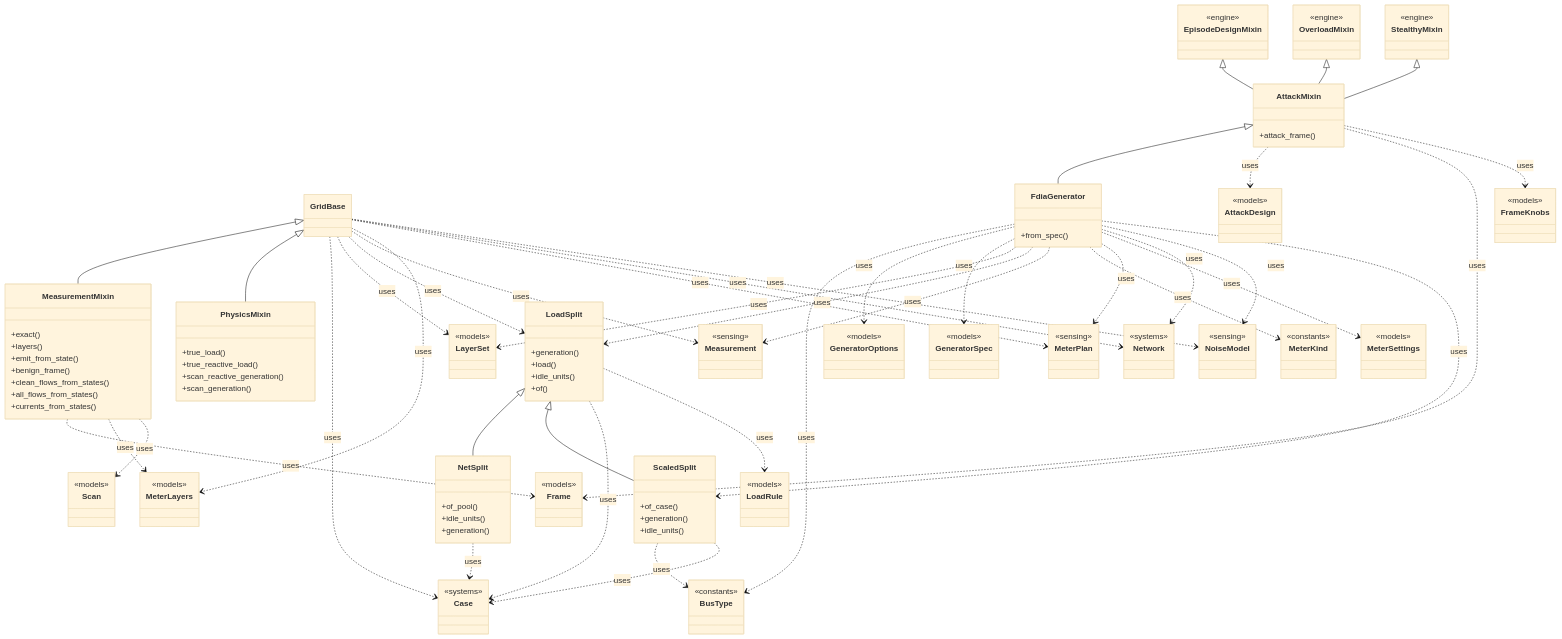
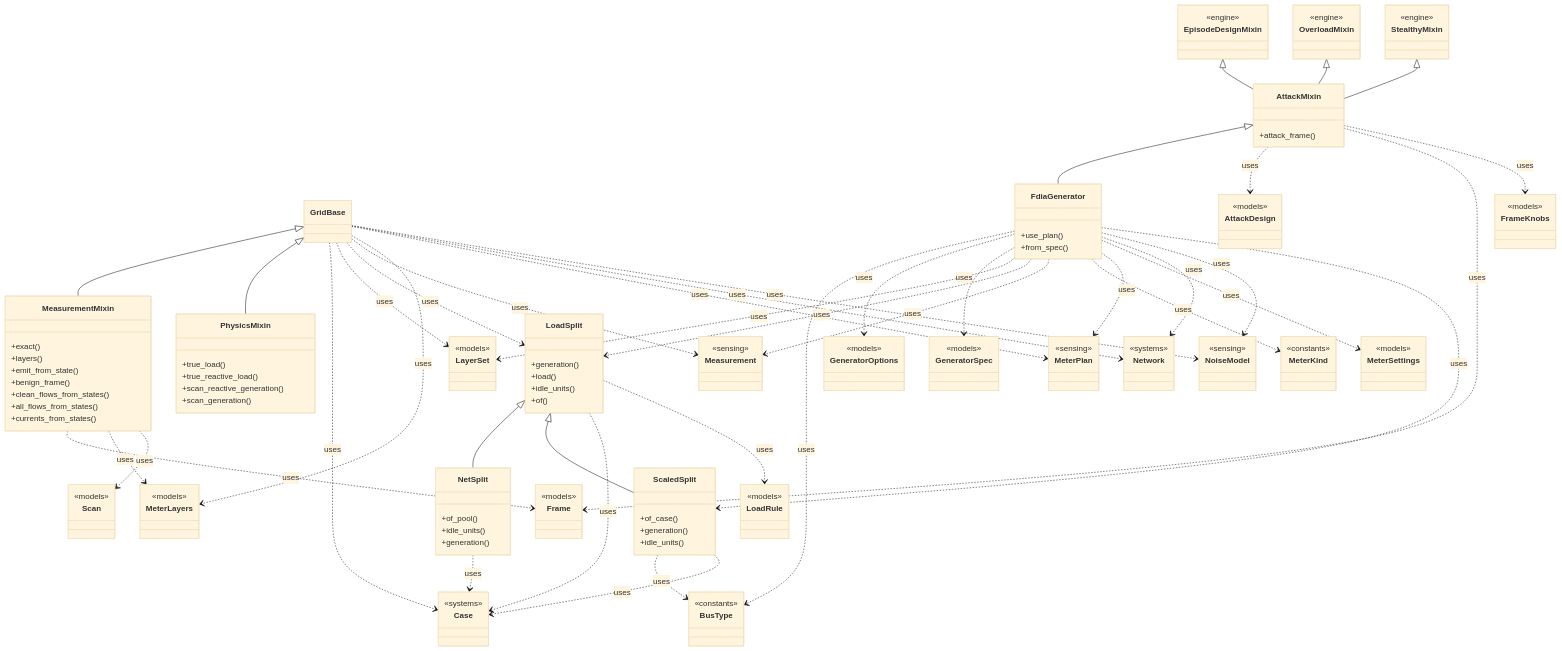
One commit to myersben9/fdia-graph changed the diagram in docs/figures/diagrams/classes_engine.mmd. Above: the diagram before and after it, drawn with Mermaid (base theme). The commit also changed 79 other files, not shown here.

```diff
--- a/docs/figures/diagrams/classes_engine.mmd
+++ b/docs/figures/diagrams/classes_engine.mmd
@@ -1,139 +1,140 @@
 classDiagram
     class GridBase {
     }
     class MeasurementMixin {
         +exact()
         +layers()
         +emit_from_state()
         +benign_frame()
         +clean_flows_from_states()
         +all_flows_from_states()
         +currents_from_states()
     }
     class LoadSplit {
         +generation()
         +load()
         +idle_units()
         +of()
     }
     class ScaledSplit {
         +of_case()
         +generation()
         +idle_units()
     }
     class NetSplit {
         +of_pool()
         +idle_units()
         +generation()
     }
     class PhysicsMixin {
         +true_load()
         +true_reactive_load()
         +scan_reactive_generation()
         +scan_generation()
     }
     class AttackMixin {
         +attack_frame()
     }
     class FdiaGenerator {
+        +use_plan()
         +from_spec()
     }
     class AttackDesign {
         <<models>>
     }
     class BusType {
         <<constants>>
     }
     class Case {
         <<systems>>
     }
     class EpisodeDesignMixin {
         <<engine>>
     }
     class Frame {
         <<models>>
     }
     class FrameKnobs {
         <<models>>
     }
     class GeneratorOptions {
         <<models>>
     }
     class GeneratorSpec {
         <<models>>
     }
     class LayerSet {
         <<models>>
     }
     class LoadRule {
         <<models>>
     }
     class Measurement {
         <<sensing>>
     }
     class MeterKind {
         <<constants>>
     }
     class MeterLayers {
         <<models>>
     }
     class MeterPlan {
         <<sensing>>
     }
     class MeterSettings {
         <<models>>
     }
     class Network {
         <<systems>>
     }
     class NoiseModel {
         <<sensing>>
     }
     class OverloadMixin {
         <<engine>>
     }
     class Scan {
         <<models>>
     }
     class StealthyMixin {
         <<engine>>
     }
     AttackMixin <|-- FdiaGenerator
     EpisodeDesignMixin <|-- AttackMixin
     GridBase <|-- MeasurementMixin
     GridBase <|-- PhysicsMixin
     LoadSplit <|-- NetSplit
     LoadSplit <|-- ScaledSplit
     OverloadMixin <|-- AttackMixin
     StealthyMixin <|-- AttackMixin
     AttackMixin ..> AttackDesign : uses
     AttackMixin ..> Frame : uses
     AttackMixin ..> FrameKnobs : uses
     FdiaGenerator ..> BusType : uses
     FdiaGenerator ..> GeneratorOptions : uses
     FdiaGenerator ..> GeneratorSpec : uses
     FdiaGenerator ..> LayerSet : uses
     FdiaGenerator ..> LoadSplit : uses
     FdiaGenerator ..> Measurement : uses
     FdiaGenerator ..> MeterKind : uses
     FdiaGenerator ..> MeterPlan : uses
     FdiaGenerator ..> MeterSettings : uses
     FdiaGenerator ..> Network : uses
     FdiaGenerator ..> NoiseModel : uses
     FdiaGenerator ..> ScaledSplit : uses
     GridBase ..> Case : uses
     GridBase ..> LayerSet : uses
     GridBase ..> LoadSplit : uses
     GridBase ..> Measurement : uses
     GridBase ..> MeterLayers : uses
     GridBase ..> MeterPlan : uses
     GridBase ..> Network : uses
     GridBase ..> NoiseModel : uses
     LoadSplit ..> Case : uses
     LoadSplit ..> LoadRule : uses
     MeasurementMixin ..> Frame : uses
     MeasurementMixin ..> MeterLayers : uses
     MeasurementMixin ..> Scan : uses
     NetSplit ..> Case : uses
     ScaledSplit ..> BusType : uses
     ScaledSplit ..> Case : uses
```
